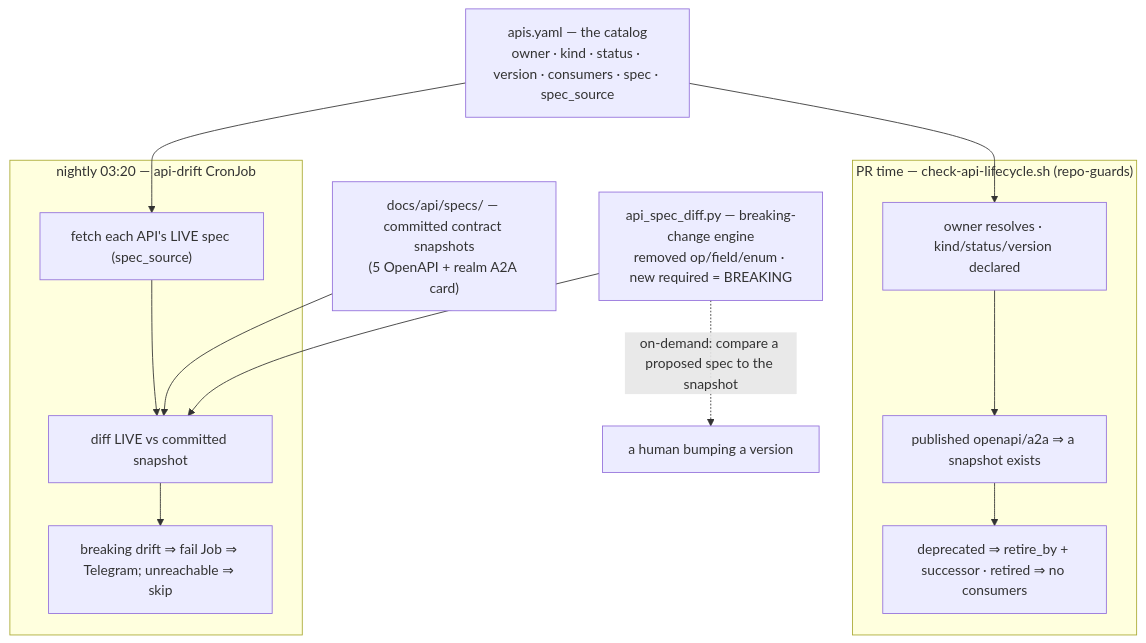
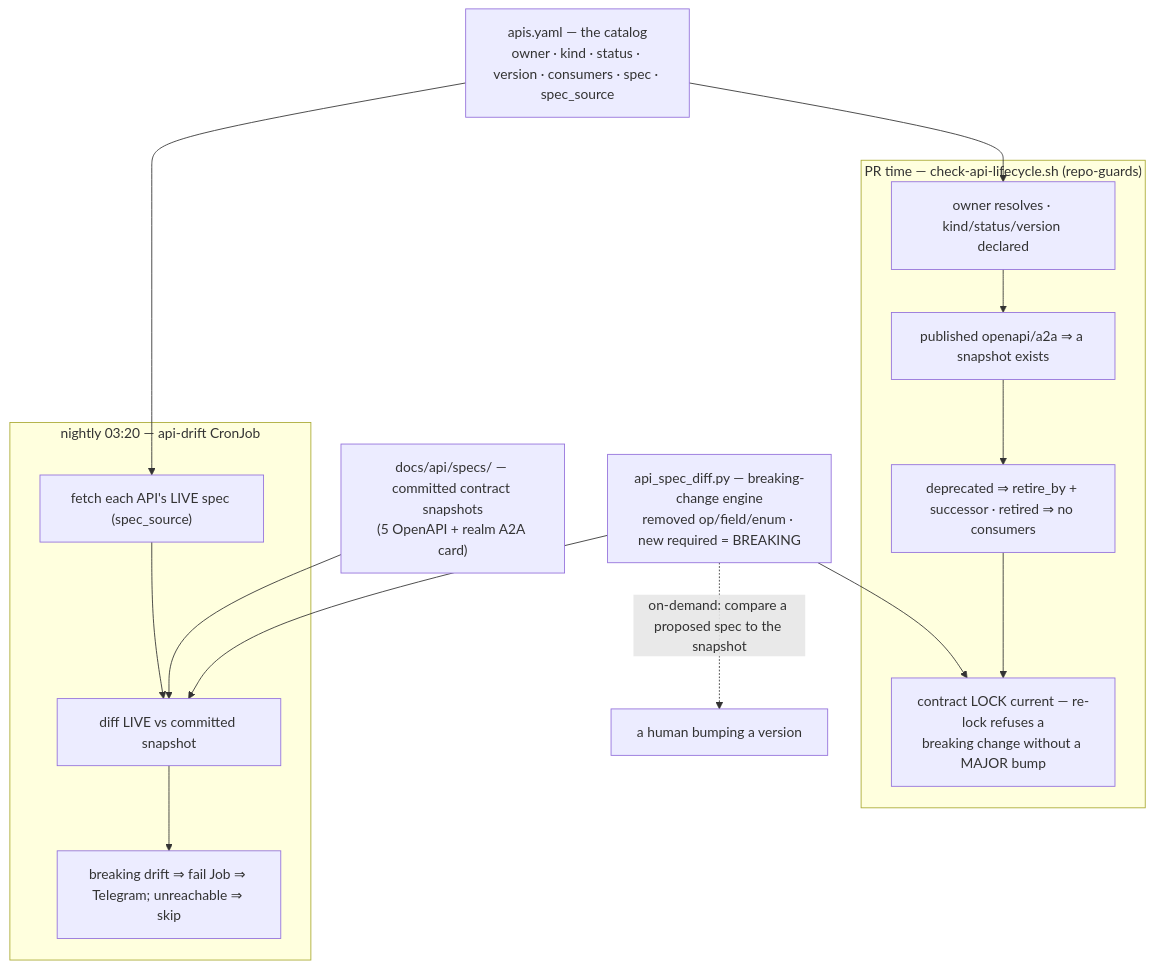
Before and after one commit to edtbl76/weyland-lab: the first of 2 diagrams in docs/diagrams/flow-api-lifecycle.md, drawn with Mermaid. The commit also changed other lines of this file and 12 other files, not shown here.

First line of the commit message:
**Introduce API contract lock enforcement with tests**

````diff
--- a/docs/diagrams/flow-api-lifecycle.md
+++ b/docs/diagrams/flow-api-lifecycle.md
@@ -11,23 +11,25 @@
 ```mermaid
 flowchart TB
     CAT["apis.yaml — the catalog<br/>owner · kind · status · version · consumers · spec · spec_source"]
     SNAP["docs/api/specs/ — committed contract snapshots<br/>(5 OpenAPI + realm A2A card)"]
     ENG["api_spec_diff.py — breaking-change engine<br/>removed op/field/enum · new required = BREAKING"]
 
     subgraph CI ["PR time — check-api-lifecycle.sh (repo-guards)"]
         L1["owner resolves · kind/status/version declared"]
         L2["published openapi/a2a ⇒ a snapshot exists"]
         L3["deprecated ⇒ retire_by + successor · retired ⇒ no consumers"]
+        L4["contract LOCK current — re-lock refuses a<br/>breaking change without a MAJOR bump"]
     end
     subgraph RUN ["nightly 03:20 — api-drift CronJob"]
         D1["fetch each API's LIVE spec (spec_source)"]
         D2["diff LIVE vs committed snapshot"]
         D3["breaking drift ⇒ fail Job ⇒ Telegram; unreachable ⇒ skip"]
     end
 
-    CAT --> L1 --> L2 --> L3
+    CAT --> L1 --> L2 --> L3 --> L4
+    ENG --> L4
     CAT --> D1 --> D2 --> D3
     SNAP --> D2
     ENG --> D2
     ENG -.on-demand: compare a proposed spec to the snapshot.-> DEV["a human bumping a version"]
 ```
````
